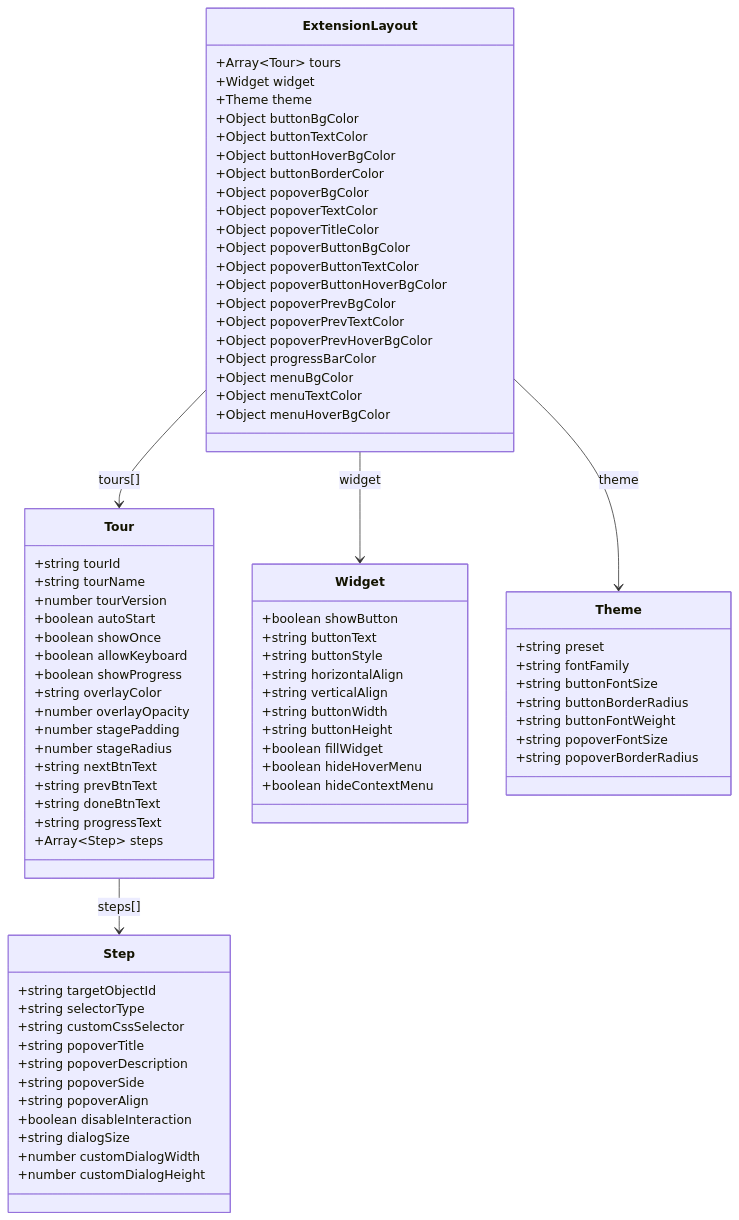
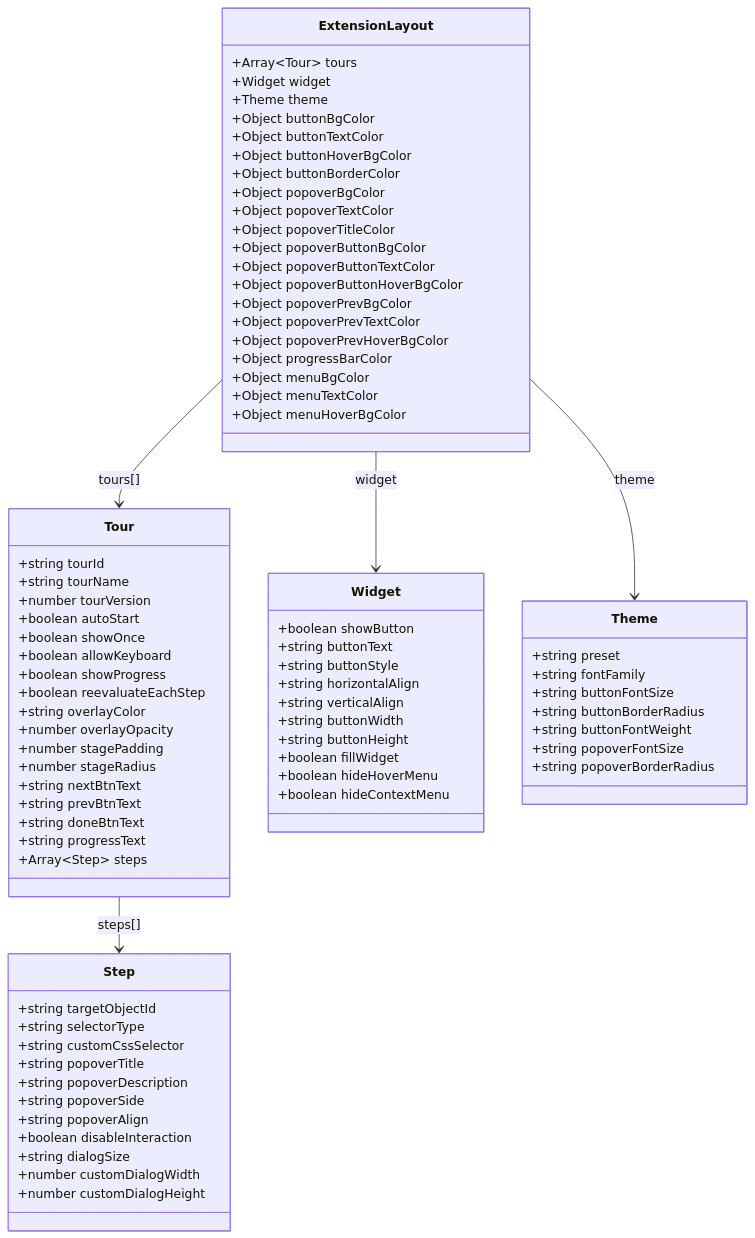
The first of 6 diagrams in docs/TOUR-SYSTEM.md (ptarmiganlabs/onboard.qs), drawn with Mermaid before and after one commit. The commit also changed other lines of this file and 8 other files, not shown here.

First line of the commit message:
feat(tour): optionally update tour expressions at each step

```diff
--- a/docs/TOUR-SYSTEM.md
+++ b/docs/TOUR-SYSTEM.md
@@ -39,6 +39,7 @@
         +boolean showOnce
         +boolean allowKeyboard
         +boolean showProgress
+        +boolean reevaluateEachStep
         +string overlayColor
         +number overlayOpacity
         +number stagePadding
```
